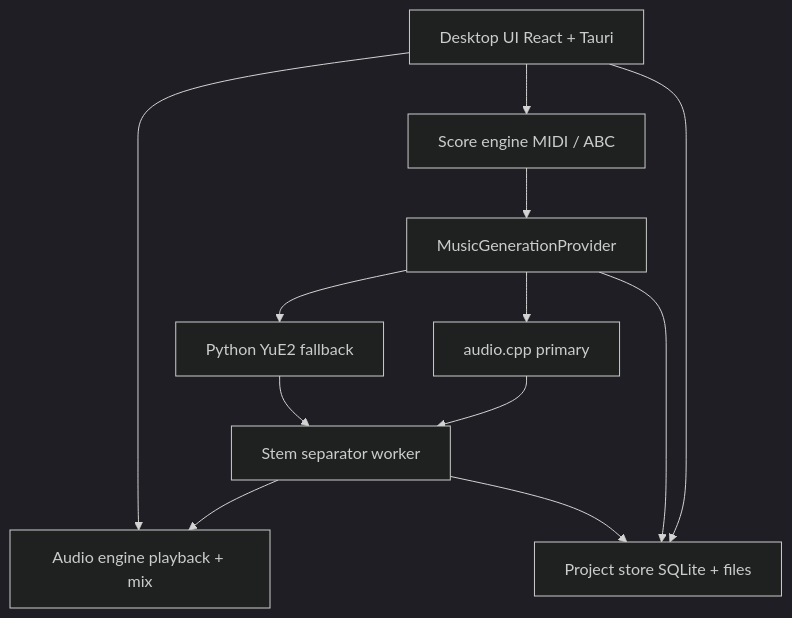
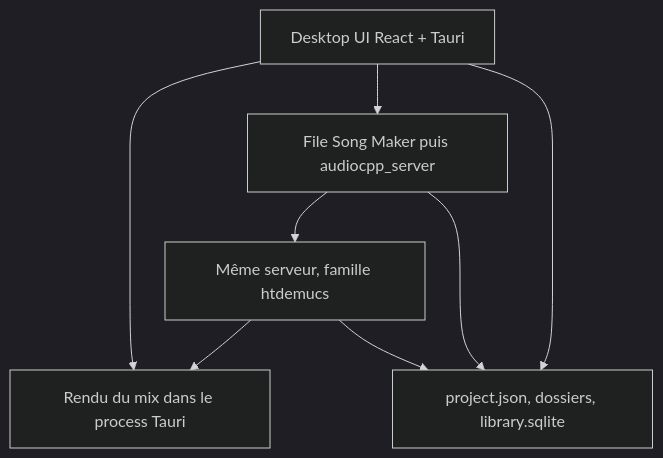
Before and after one commit to azerothl/song-maker: the second of 4 diagrams in specs/SONG_MAKER_SPEC.md, drawn with Mermaid (dark theme). The commit also changed other lines of this file, not shown here.

````diff
--- a/specs/SONG_MAKER_SPEC.md
+++ b/specs/SONG_MAKER_SPEC.md
@@ -170,23 +188,16 @@
 ```mermaid
 flowchart TB
     UI[Desktop UI React + Tauri]
-    SCORE[Score engine MIDI / ABC]
-    MUSIC[MusicGenerationProvider]
-    ACP[audio.cpp primary]
-    PY[Python YuE2 fallback]
-    SEP[Stem separator worker]
-    AUDIO[Audio engine playback + mix]
-    STORE[Project store SQLite + files]
+    MUSIC[File Song Maker puis audiocpp_server]
+    SEP[Même serveur, famille htdemucs]
+    AUDIO[Rendu du mix dans le process Tauri]
+    STORE[project.json, dossiers, library.sqlite]
 
-    UI --> SCORE
-    SCORE --> MUSIC
-    MUSIC --> ACP
-    MUSIC --> PY
-    ACP --> SEP
-    PY --> SEP
+    UI --> MUSIC
+    MUSIC --> SEP
     SEP --> AUDIO
     UI --> AUDIO
     UI --> STORE
     MUSIC --> STORE
     SEP --> STORE
 ```
````
